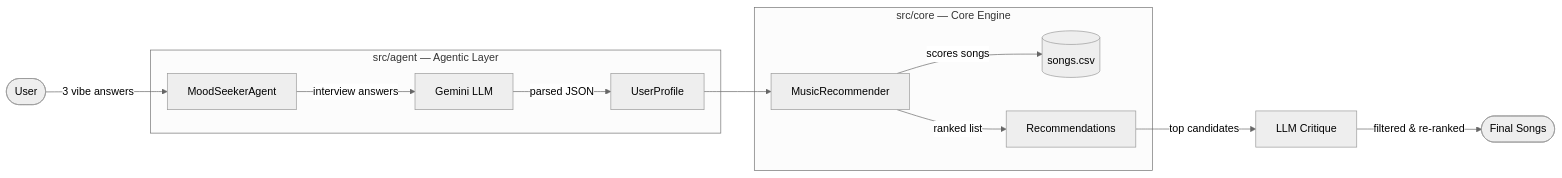
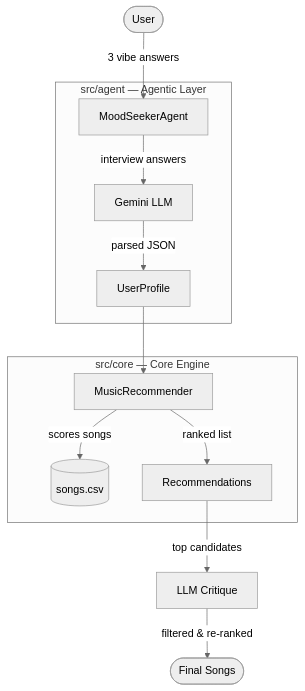
One commit to Moubarak-01/applied-ai-system-project changed the diagram in README.md. Above: the diagram before and after it, drawn with Mermaid (neutral theme). The commit also changed other lines of this file, not shown here.

````diff
--- a/README.md
+++ b/README.md
@@ -11,19 +11,19 @@
 ```mermaid
-flowchart LR
+graph TD
     User([User]) -->|"3 vibe answers"| Agent
 
     subgraph "src/agent — Agentic Layer"
         Agent[MoodSeekerAgent]
         Agent -->|interview answers| LLM[Gemini LLM]
         LLM -->|parsed JSON| Profile[UserProfile]
     end
 
     subgraph "src/core — Core Engine"
         Profile --> Recommender[MusicRecommender]
         Recommender -->|scores songs| Songs[(songs.csv)]
         Recommender -->|ranked list| Results[Recommendations]
     end
 
     Results -->|top candidates| Critique[LLM Critique]
     Critique -->|filtered & re-ranked| Final([Final Songs])
 ```
````
